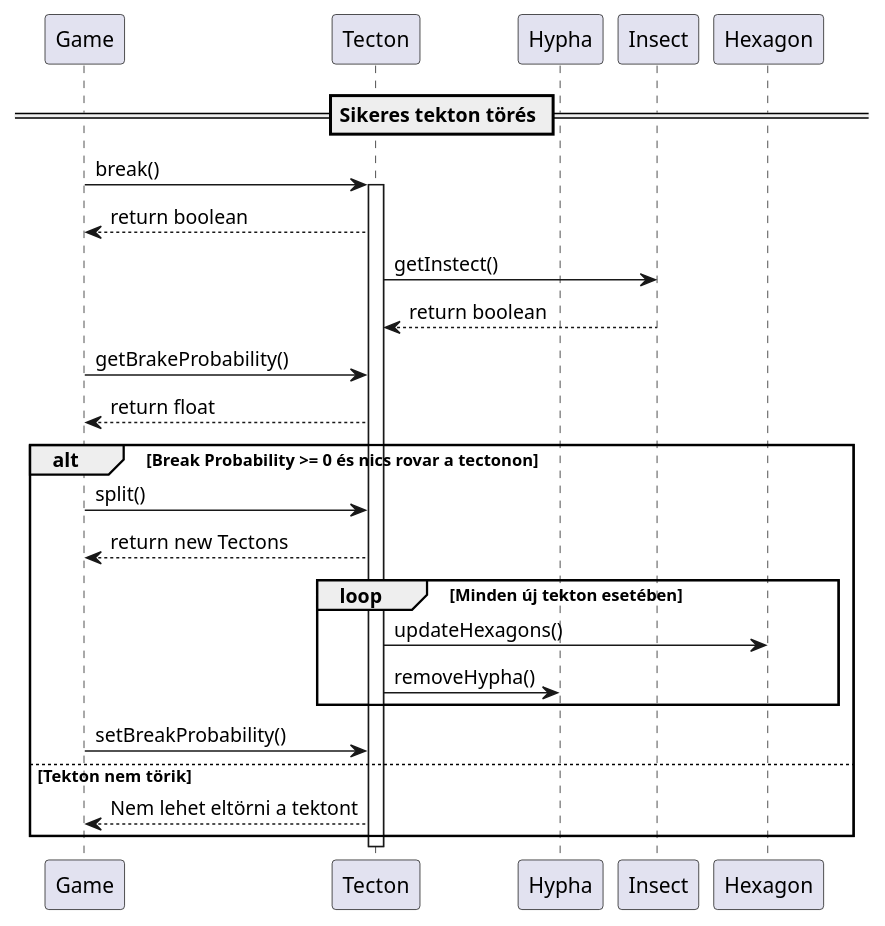
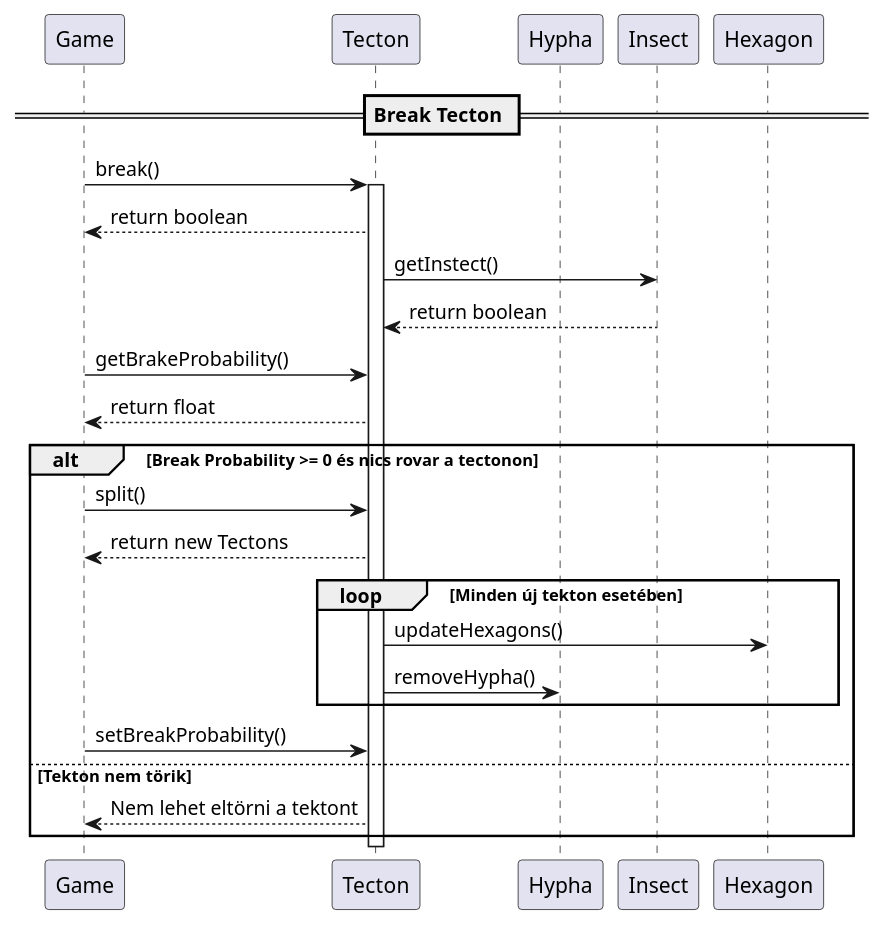
The diagram in UML/TestSequence/7-break-tecton.puml (hujberhunor/SzomiSztegoProjlab), drawn with PlantUML before and after one commit. The commit also changed 9 other files, not shown here.

```diff
--- a/UML/TestSequence/7-break-tecton.puml
+++ b/UML/TestSequence/7-break-tecton.puml
@@ -1,32 +1,32 @@
 @startuml
-== Sikeres tekton törés ==
+== Break Tecton ==
 
 participant Game
 participant Tecton
 participant Hypha
 
 Game -> Tecton: break()
 activate Tecton
 
 Tecton --> Game : return boolean
 
 Tecton -> Insect: getInstect()
 Insect --> Tecton: return boolean
 Game -> Tecton: getBrakeProbability()
 Tecton --> Game: return float
 
 alt Break Probability >= 0 és nics rovar a tectonon
     Game -> Tecton: split()
     Tecton --> Game: return new Tectons
     
     loop Minden új tekton esetében 
         Tecton -> Hexagon: updateHexagons()
         Tecton -> Hypha: removeHypha()
     end
     Game -> Tecton: setBreakProbability()
     else Tekton nem törik 
     Tecton --> Game: Nem lehet eltörni a tektont 
 end
 deactivate Tecton
 
 @enduml
```
